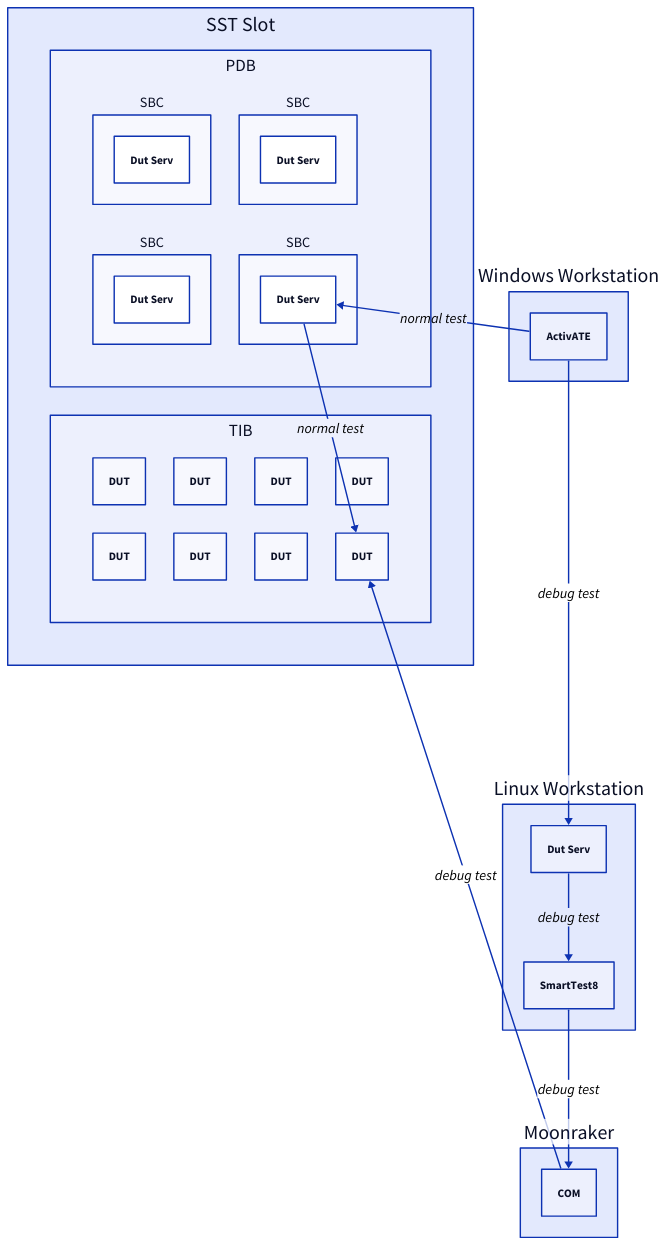
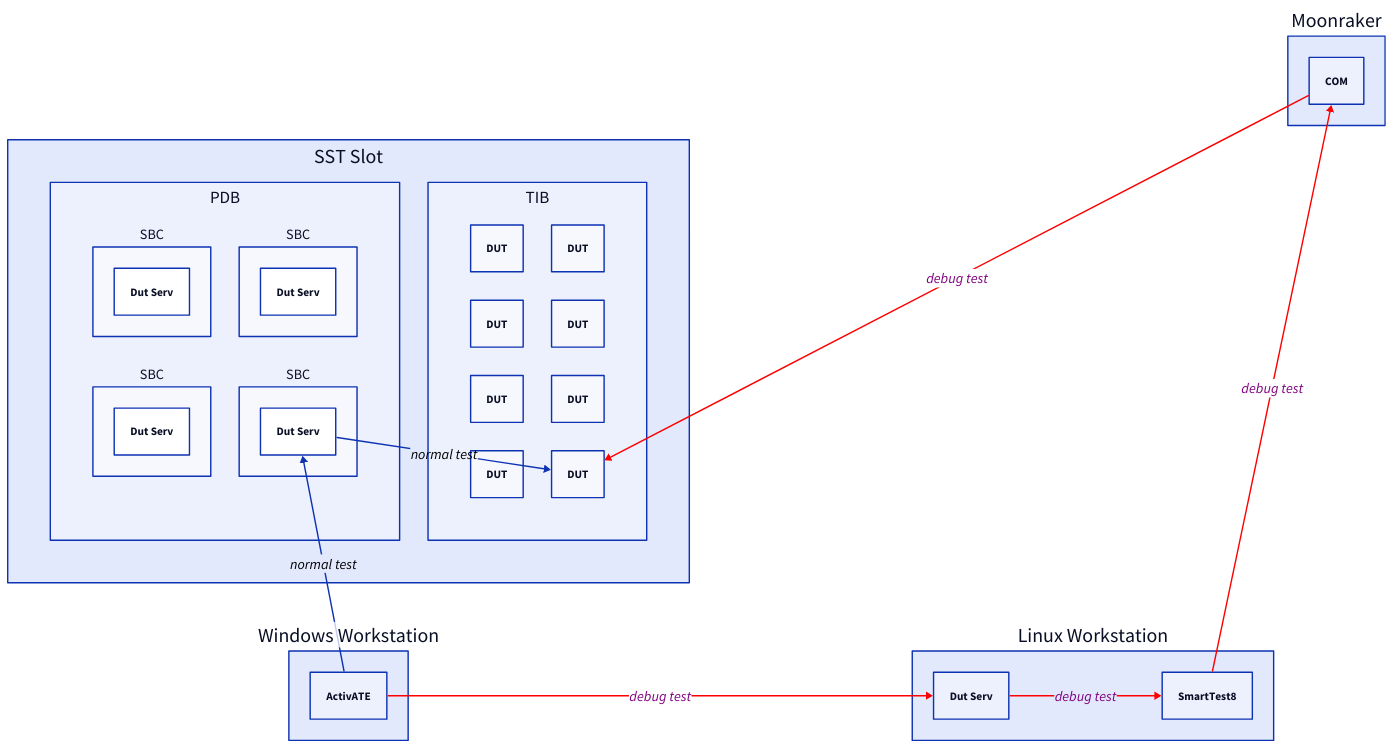
One commit to gf4t47/PSV changed the diagram in activate_dutserv_st8.d2. Above: the diagram before and after it, drawn with D2. The commit also changed 5 other files, not shown here.

```diff
--- a/activate_dutserv_st8.d2
+++ b/activate_dutserv_st8.d2
@@ -1,68 +1,79 @@
-# direction: down
+direction: right
 
 vars {
     DutServ: Dut Serv
 }
 
 classes {
     ConnLable: {
         style: {
             font-size: 20
             font-color: black
         }
     }
+
+    ConnLine: {
+        style: {
+            font-color: purple
+            stroke: red
+        }
+    }
 }
 
 SST {
     # near: top-left
     
     label: "SST Slot"
-    grid-rows: 2
+    # grid-rows: 2
+    grid-columns: 2
 
     PDB: "PDB" {
-        grid-rows: 2
+        # grid-rows: 2
+        grid-columns: 2
 
         SBC1: SBC {
             DutServ: ${DutServ}
         }
         SBC2: SBC {
             DutServ: ${DutServ}
         }
         SBC3: SBC{
             DutServ: ${DutServ}
         }
         SBC4: SBC{
             DutServ: ${DutServ}
         }
     }
 
     TIB: "TIB" {
-        grid-rows: 2
+        # grid-rows: 2
+        grid-columns: 2
 
         DUT1: DUT
         DUT2: DUT
         DUT3: DUT
         DUT4: DUT
         DUT5: DUT
         DUT6: DUT
         DUT7: DUT
         DUT8: DUT
     }   
 }
 
 WS: Windows Workstation  {
     # near: top-right
     ActivATE
 }
 
 LS: Linux Workstation {
     DutServ: ${DutServ}
     ST8: SmartTest8
 }
 
 Moonraker: {
+    near: top-right
     COM
 }
 
 SST.TIB.DUT8 <- SST.PDB.SBC4.DutServ <- WS.ActivATE : normal test { class: ConnLable }
-SST.TIB.DUT8 <- Moonraker.COM <- LS.ST8 <- LS.DutServ <- WS.ActivATE : debug test { class: ConnLable }
+SST.TIB.DUT8 <- Moonraker.COM <- LS.ST8 <- LS.DutServ <- WS.ActivATE : debug test { class: [ConnLable; ConnLine] }
```
